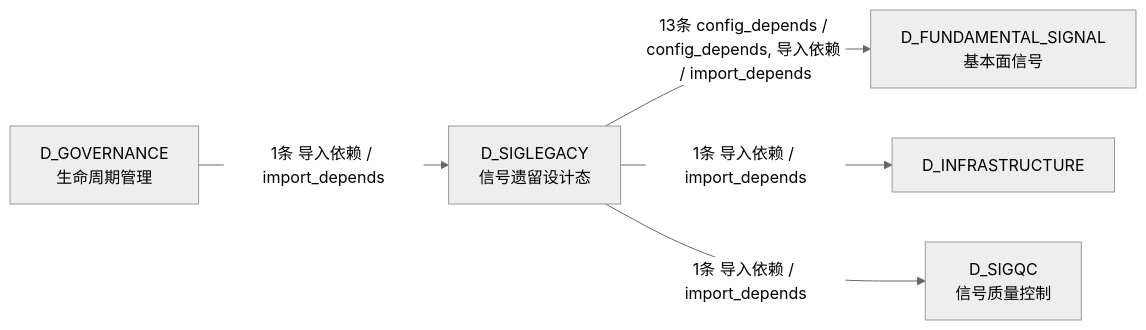
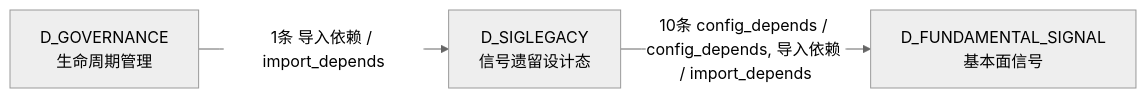
One commit to xuanFelixVan/ZephyrAlpha changed the third of 3 diagrams in docs/02_enterprise_architecture/02_domain_architecture_docs/63_d_siglegacy.md. Above: the diagram before and after it, drawn with Mermaid (neutral theme). The commit also changed other lines of this file and 109 other files, not shown here.

````diff
--- a/docs/02_enterprise_architecture/02_domain_architecture_docs/63_d_siglegacy.md
+++ b/docs/02_enterprise_architecture/02_domain_architecture_docs/63_d_siglegacy.md
@@ -222,12 +201,8 @@
 ```mermaid
 graph LR
     D_SIGLEGACY["D_SIGLEGACY<br/>信号遗留设计态"]
     D_FUNDAMENTAL_SIGNAL["D_FUNDAMENTAL_SIGNAL<br/>基本面信号"]
-    D_INFRASTRUCTURE["D_INFRASTRUCTURE"]
-    D_SIGQC["D_SIGQC<br/>信号质量控制"]
     D_GOVERNANCE["D_GOVERNANCE<br/>生命周期管理"]
-    D_SIGLEGACY -->|13条 config_depends / config_depends, 导入依赖 / import_depends| D_FUNDAMENTAL_SIGNAL
-    D_SIGLEGACY -->|1条 导入依赖 / import_depends| D_INFRASTRUCTURE
-    D_SIGLEGACY -->|1条 导入依赖 / import_depends| D_SIGQC
+    D_SIGLEGACY -->|10条 config_depends / config_depends, 导入依赖 / import_depends| D_FUNDAMENTAL_SIGNAL
     D_GOVERNANCE -->|1条 导入依赖 / import_depends| D_SIGLEGACY
 ```
````
